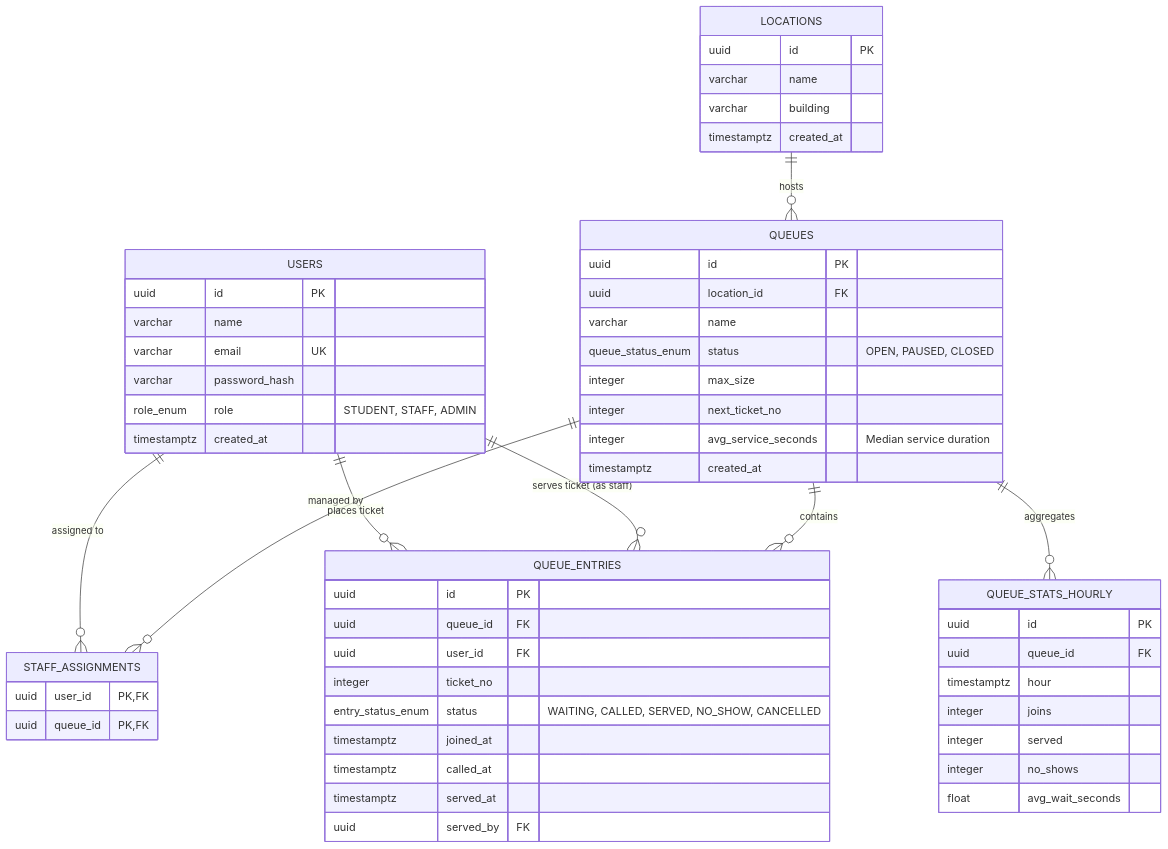
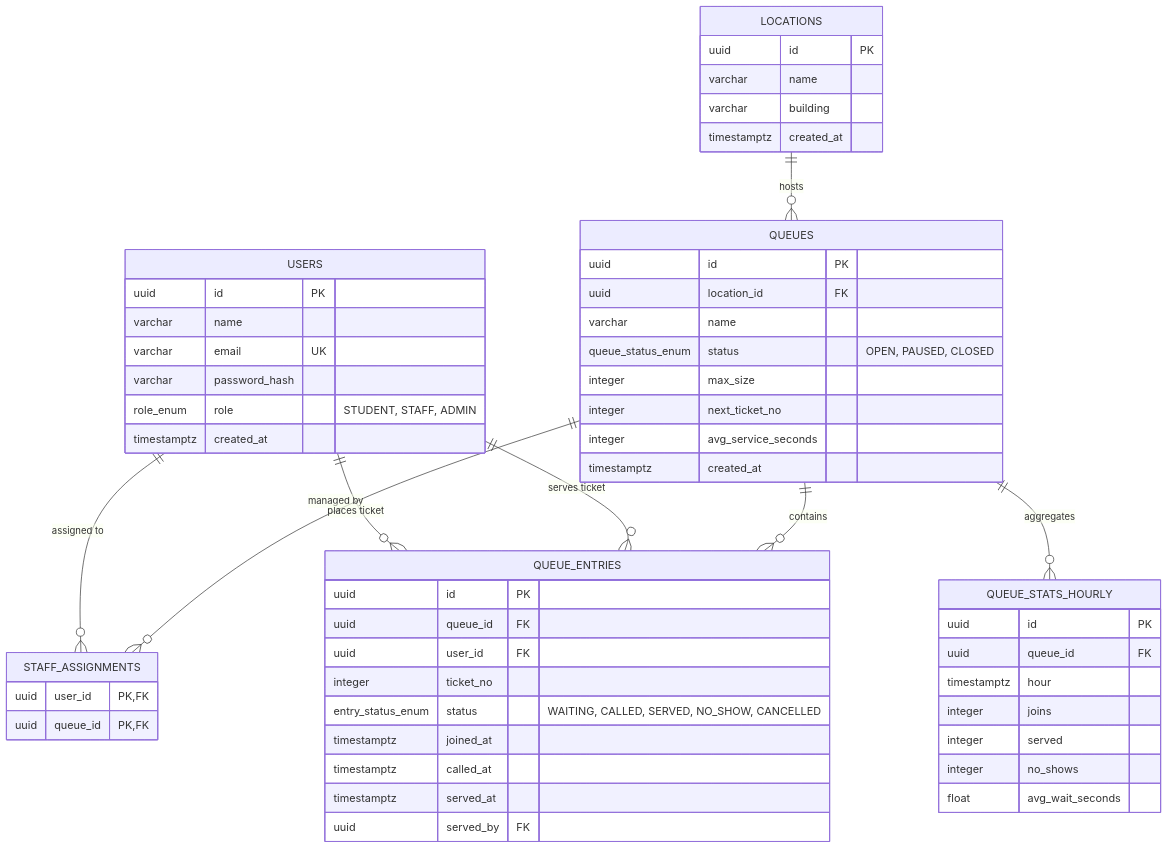
One commit to Yatharth-26/QueueBee_AP_2026 changed the diagram in dbms/02_er_diagram.md. Above: the diagram before and after it, drawn with Mermaid. The commit also changed other lines of this file and 3 other files, not shown here.

Commit message:
feat: complete AP CP2 ER diagram and PostgreSQL schema

````diff
--- a/dbms/02_er_diagram.md
+++ b/dbms/02_er_diagram.md
@@ -10,64 +13,64 @@
 ```mermaid
 erDiagram
+    LOCATIONS ||--o{ QUEUES : "hosts"
     USERS ||--o{ STAFF_ASSIGNMENTS : "assigned to"
     QUEUES ||--o{ STAFF_ASSIGNMENTS : "managed by"
-    LOCATIONS ||--o{ QUEUES : "hosts"
     USERS ||--o{ QUEUE_ENTRIES : "places ticket"
-    USERS ||--o{ QUEUE_ENTRIES : "serves ticket (as staff)"
+    USERS ||--o{ QUEUE_ENTRIES : "serves ticket"
     QUEUES ||--o{ QUEUE_ENTRIES : "contains"
     QUEUES ||--o{ QUEUE_STATS_HOURLY : "aggregates"
 
     USERS {
         uuid id PK
         varchar name
         varchar email UK
         varchar password_hash
         role_enum role "STUDENT, STAFF, ADMIN"
         timestamptz created_at
     }
 
     LOCATIONS {
         uuid id PK
         varchar name
         varchar building
         timestamptz created_at
     }
 
     QUEUES {
         uuid id PK
         uuid location_id FK
         varchar name
         queue_status_enum status "OPEN, PAUSED, CLOSED"
         integer max_size
         integer next_ticket_no
-        integer avg_service_seconds "Median service duration"
+        integer avg_service_seconds
         timestamptz created_at
     }
 
     STAFF_ASSIGNMENTS {
         uuid user_id PK,FK
         uuid queue_id PK,FK
     }
 
     QUEUE_ENTRIES {
         uuid id PK
         uuid queue_id FK
         uuid user_id FK
         integer ticket_no
         entry_status_enum status "WAITING, CALLED, SERVED, NO_SHOW, CANCELLED"
         timestamptz joined_at
         timestamptz called_at
         timestamptz served_at
         uuid served_by FK
     }
 
     QUEUE_STATS_HOURLY {
         uuid id PK
         uuid queue_id FK
         timestamptz hour
         integer joins
         integer served
         integer no_shows
         float avg_wait_seconds
     }
 ```
````
